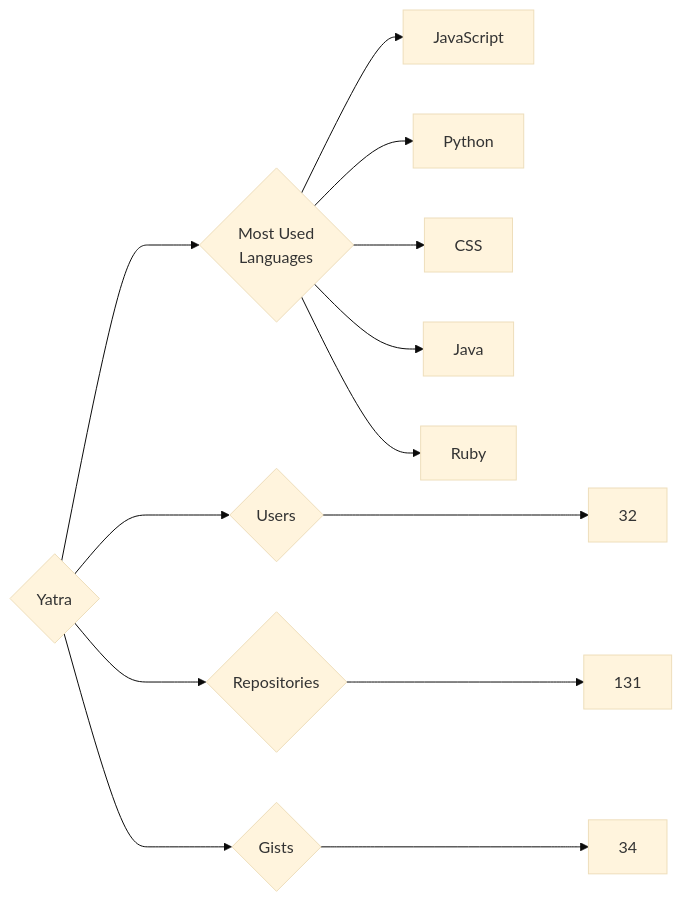
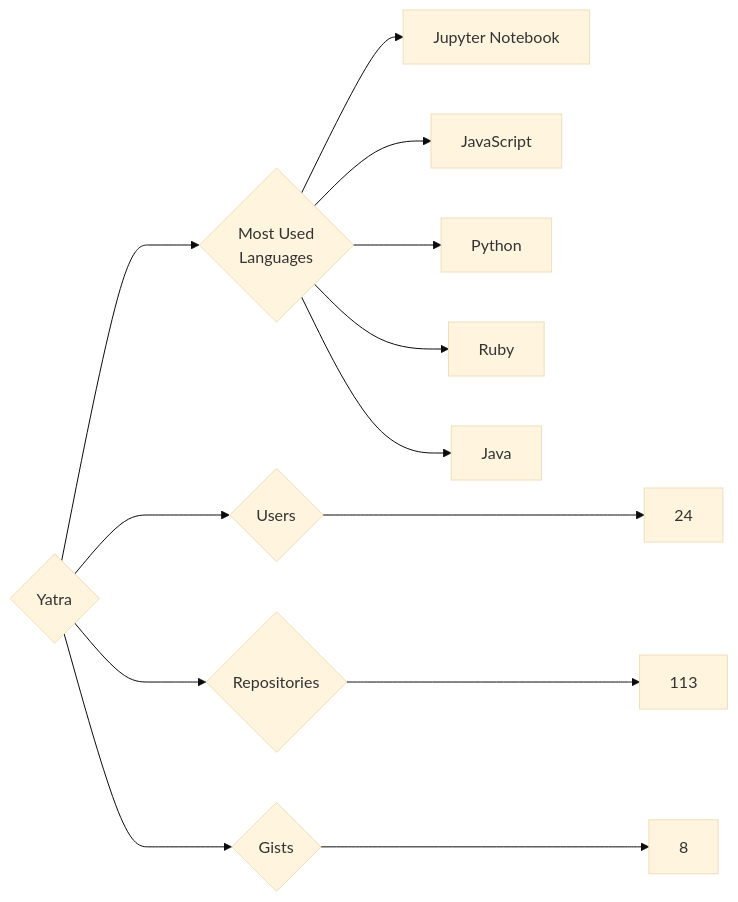
Before and after one commit to trickest/insiders: the diagram in targets/Yatra/README.md, drawn with Mermaid (base theme). The commit also changed 928 other files, not shown here.

````diff
--- a/targets/Yatra/README.md
+++ b/targets/Yatra/README.md
@@ -3,13 +3,13 @@
 ```mermaid
 graph LR
 COMPANY_NAME{Yatra}
-COMPANY_NAME ---> U{Users} ---> UN[32]
-COMPANY_NAME ---> R{Repositories} ---> RN[131]
-COMPANY_NAME ---> G{Gists} ---> GN[34]
+COMPANY_NAME ---> U{Users} ---> UN[24]
+COMPANY_NAME ---> R{Repositories} ---> RN[113]
+COMPANY_NAME ---> G{Gists} ---> GN[8]
 COMPANY_NAME ---> ML{Most Used<br>Languages}
+ML --> Jupyter_Notebook[Jupyter Notebook]
 ML --> JavaScript[JavaScript]
 ML --> Python[Python]
-ML --> CSS[CSS]
+ML --> Ruby[Ruby]
 ML --> Java[Java]
-ML --> Ruby[Ruby]
 ```
````
